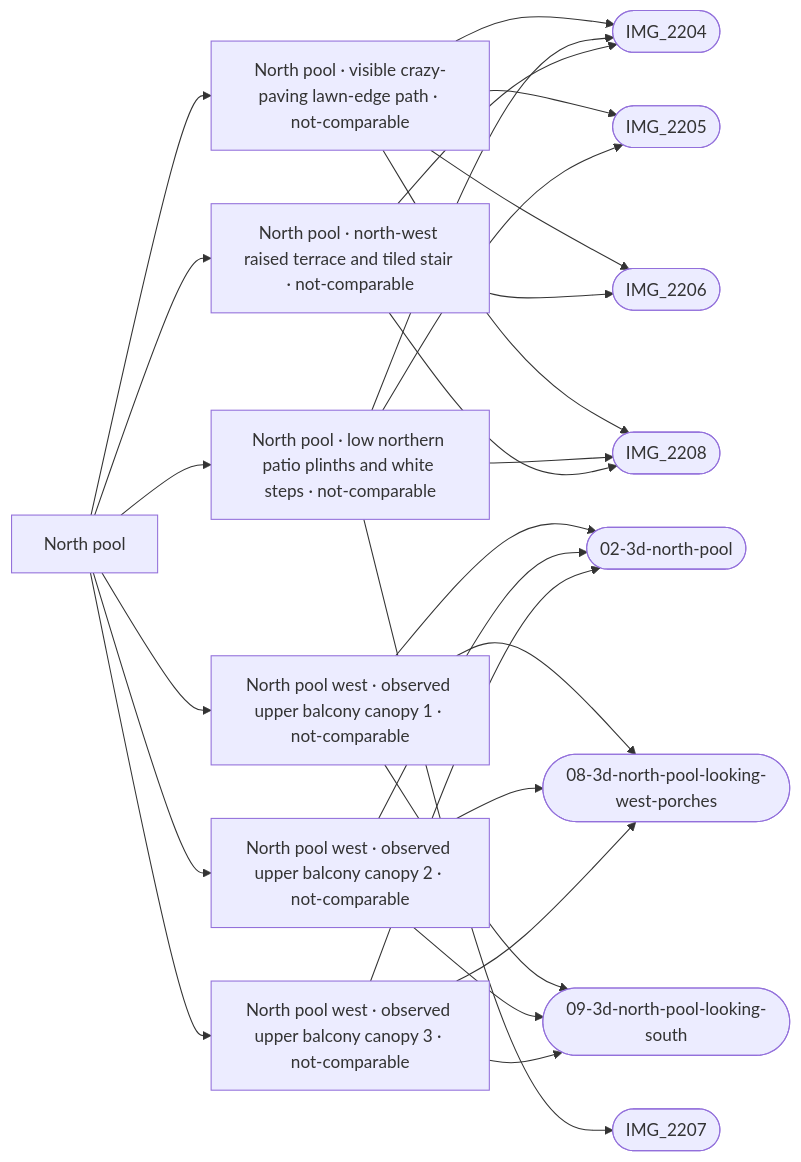
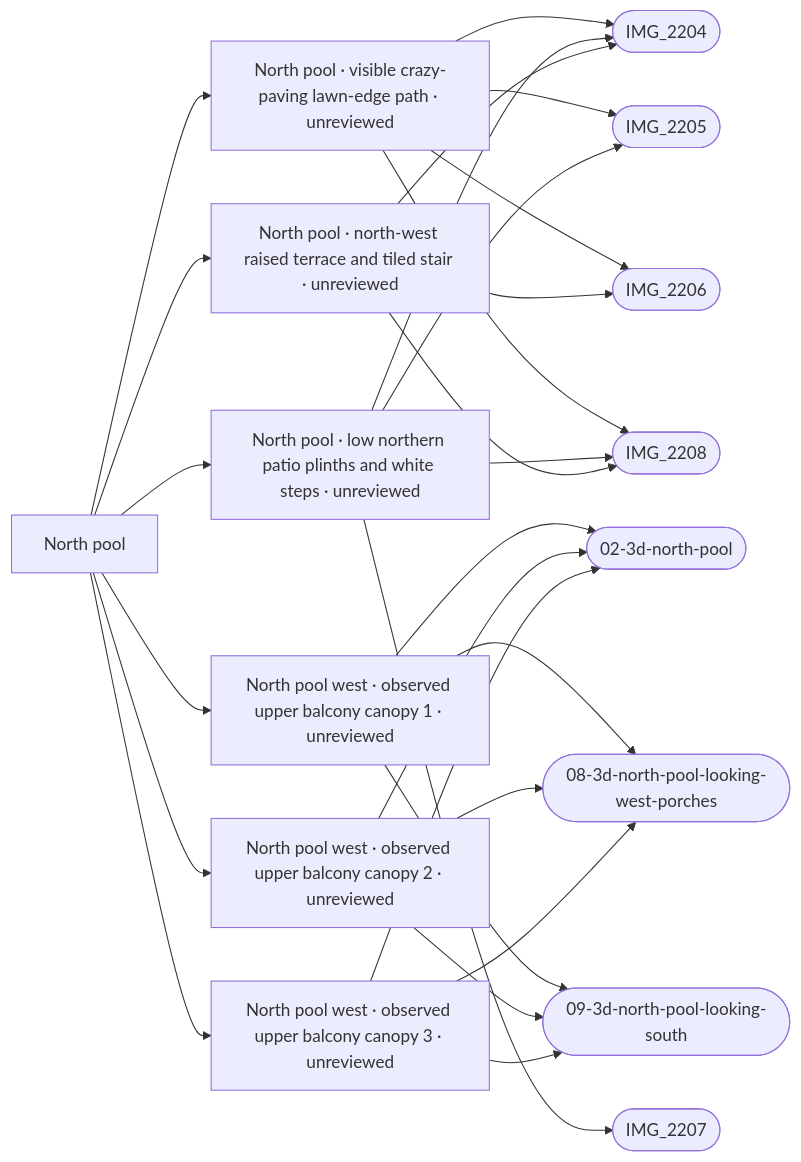
One commit to daveyboyc/villacana-venture changed the diagram in refs/areas/north-pool.md. Above: the diagram before and after it, drawn with Mermaid. The commit also changed other lines of this file and 45 other files, not shown here.

Commit message:
Require measured independent evidence for graph placement approval

````diff
--- a/refs/areas/north-pool.md
+++ b/refs/areas/north-pool.md
@@ -49,30 +49,30 @@
 ```mermaid
 graph LR
   A["North pool"]
-  A --> F0["North pool · visible crazy-paving lawn-edge path · not-comparable"]
+  A --> F0["North pool · visible crazy-paving lawn-edge path · unreviewed"]
   F0 --> PIMG_2204_jpg(["IMG_2204"])
   F0 --> PIMG_2205_jpg(["IMG_2205"])
   F0 --> PIMG_2206_jpg(["IMG_2206"])
   F0 --> PIMG_2208_jpg(["IMG_2208"])
-  A --> F1["North pool west · observed upper balcony canopy 1 · not-comparable"]
+  A --> F1["North pool west · observed upper balcony canopy 1 · unreviewed"]
   F1 --> Pref_apple_maps_02_3d_north_pool_png(["02-3d-north-pool"])
   F1 --> Pref_apple_maps_08_3d_north_pool_looking_west_porches_png(["08-3d-north-pool-looking-west-porches"])
   F1 --> Pref_apple_maps_09_3d_north_pool_looking_south_png(["09-3d-north-pool-looking-south"])
-  A --> F2["North pool west · observed upper balcony canopy 2 · not-comparable"]
+  A --> F2["North pool west · observed upper balcony canopy 2 · unreviewed"]
   F2 --> Pref_apple_maps_02_3d_north_pool_png(["02-3d-north-pool"])
   F2 --> Pref_apple_maps_08_3d_north_pool_looking_west_porches_png(["08-3d-north-pool-looking-west-porches"])
   F2 --> Pref_apple_maps_09_3d_north_pool_looking_south_png(["09-3d-north-pool-looking-south"])
-  A --> F3["North pool west · observed upper balcony canopy 3 · not-comparable"]
+  A --> F3["North pool west · observed upper balcony canopy 3 · unreviewed"]
   F3 --> Pref_apple_maps_02_3d_north_pool_png(["02-3d-north-pool"])
   F3 --> Pref_apple_maps_08_3d_north_pool_looking_west_porches_png(["08-3d-north-pool-looking-west-porches"])
   F3 --> Pref_apple_maps_09_3d_north_pool_looking_south_png(["09-3d-north-pool-looking-south"])
-  A --> F4["North pool · low northern patio plinths and white steps · not-comparable"]
+  A --> F4["North pool · low northern patio plinths and white steps · unreviewed"]
   F4 --> PIMG_2204_jpg(["IMG_2204"])
   F4 --> PIMG_2205_jpg(["IMG_2205"])
   F4 --> PIMG_2207_jpg(["IMG_2207"])
   F4 --> PIMG_2208_jpg(["IMG_2208"])
-  A --> F5["North pool · north-west raised terrace and tiled stair · not-comparable"]
+  A --> F5["North pool · north-west raised terrace and tiled stair · unreviewed"]
   F5 --> PIMG_2204_jpg(["IMG_2204"])
   F5 --> PIMG_2206_jpg(["IMG_2206"])
   F5 --> PIMG_2208_jpg(["IMG_2208"])
 ```
````
